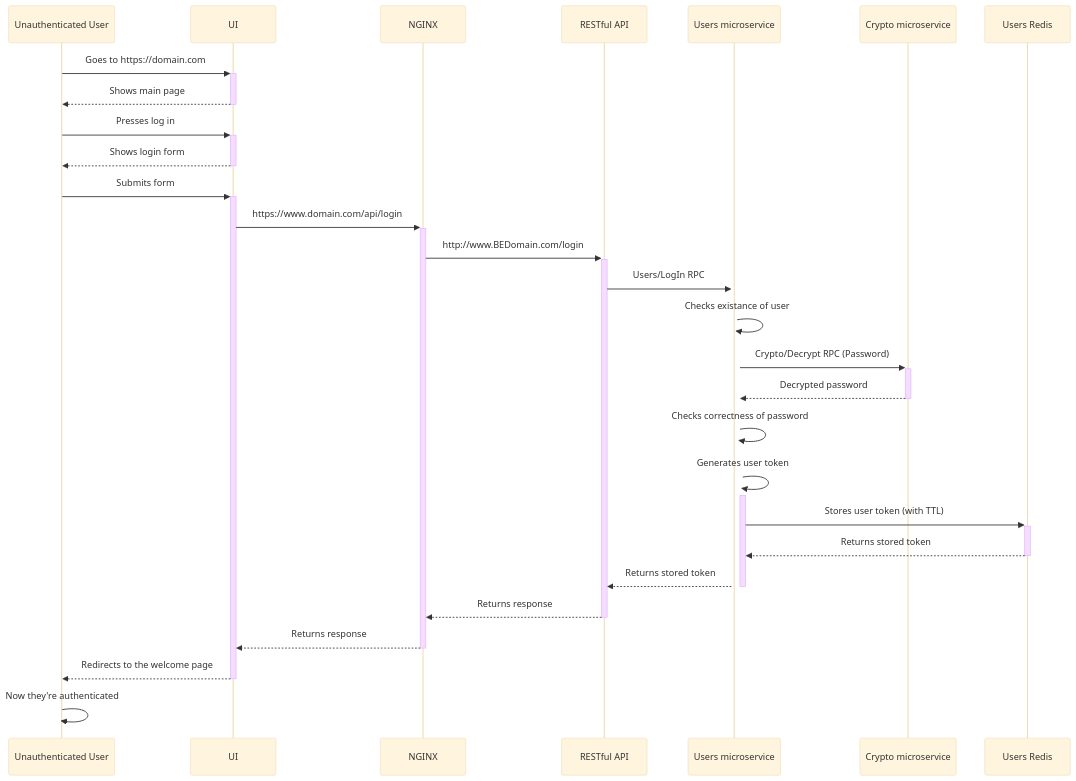
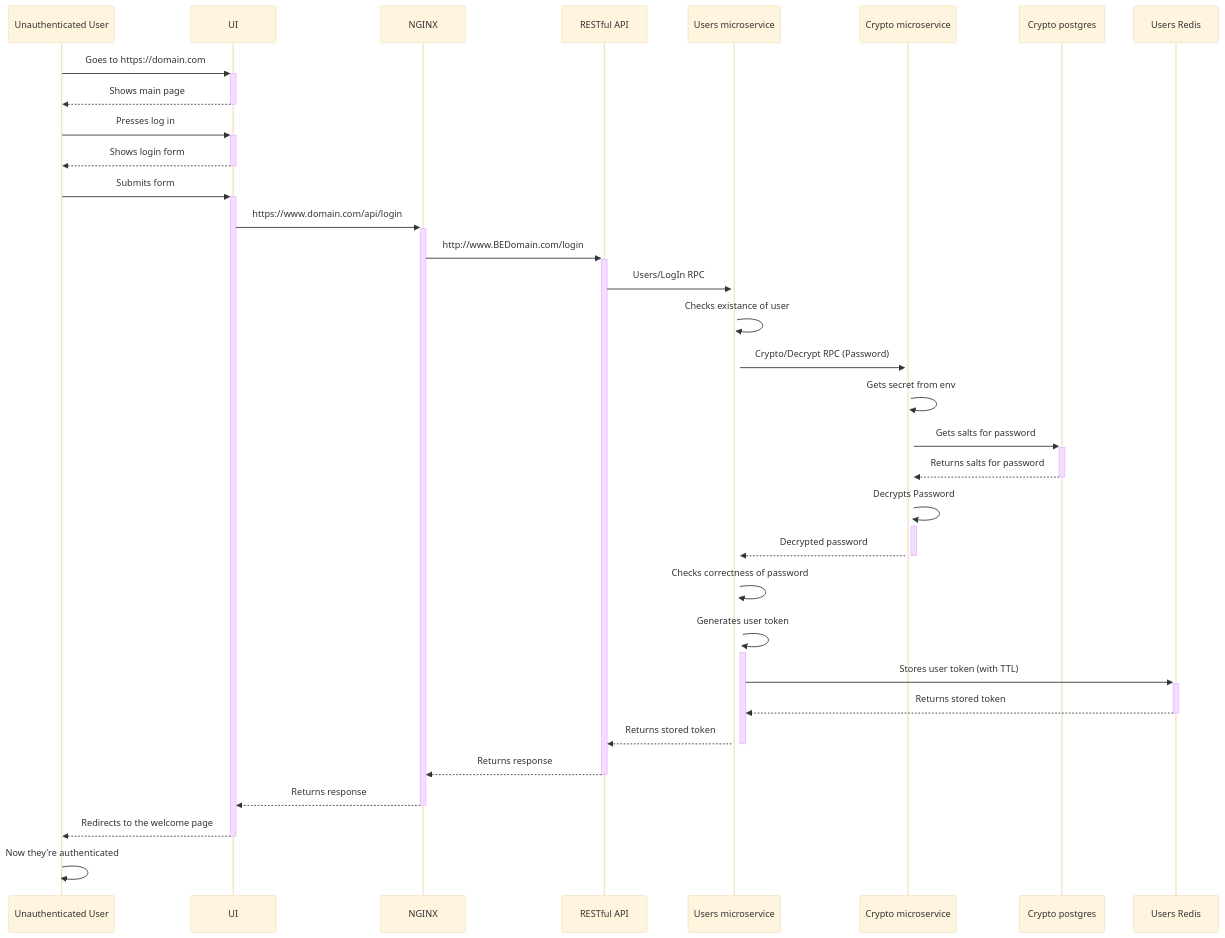
One commit to afaguilarr/go-example-webserver changed the diagram in docs/sequence_diagrams/Users/login.mmd. Above: the diagram before and after it, drawn with Mermaid (base theme). The commit also changed 1 other file, not shown here.

Commit message:
Add Crypto postgres flows

```diff
--- a/docs/sequence_diagrams/Users/login.mmd
+++ b/docs/sequence_diagrams/Users/login.mmd
@@ -1,21 +1,25 @@
 sequenceDiagram
     Unauthenticated User->>+UI: Goes to https://domain.com
     UI-->>-Unauthenticated User: Shows main page
     Unauthenticated User->>+UI: Presses log in
     UI-->>-Unauthenticated User: Shows login form
     Unauthenticated User->>+UI: Submits form
     UI->>+NGINX: https://www.domain.com/api/login
     NGINX->>+RESTful API: http://www.BEDomain.com/login
     RESTful API->>+Users microservice: Users/LogIn RPC
     Users microservice->>+Users microservice: Checks existance of user
     Users microservice->>+Crypto microservice: Crypto/Decrypt RPC (Password)
+    Crypto microservice->>+Crypto microservice: Gets secret from env
+    Crypto microservice->>+Crypto postgres: Gets salts for password
+    Crypto postgres-->>-Crypto microservice: Returns salts for password
+    Crypto microservice->>+Crypto microservice: Decrypts Password
     Crypto microservice-->>-Users microservice: Decrypted password
     Users microservice->>+Users microservice: Checks correctness of password
     Users microservice->>+Users microservice: Generates user token
     Users microservice->>+Users Redis: Stores user token (with TTL)
     Users Redis-->>-Users microservice: Returns stored token
     Users microservice-->>-RESTful API: Returns stored token
     RESTful API-->>-NGINX: Returns response
     NGINX-->>-UI: Returns response
     UI-->>-Unauthenticated User: Redirects to the welcome page
     Unauthenticated User->>+Unauthenticated User: Now they're authenticated
```
